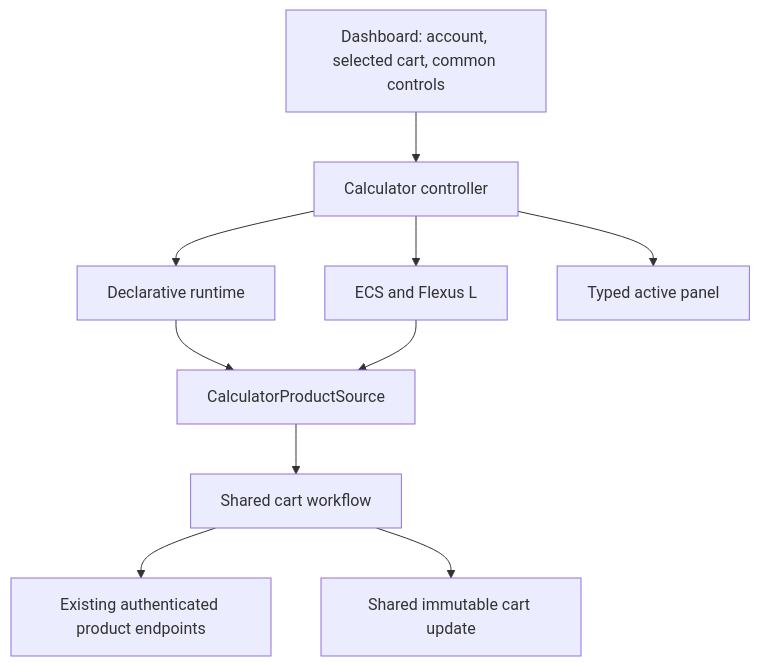
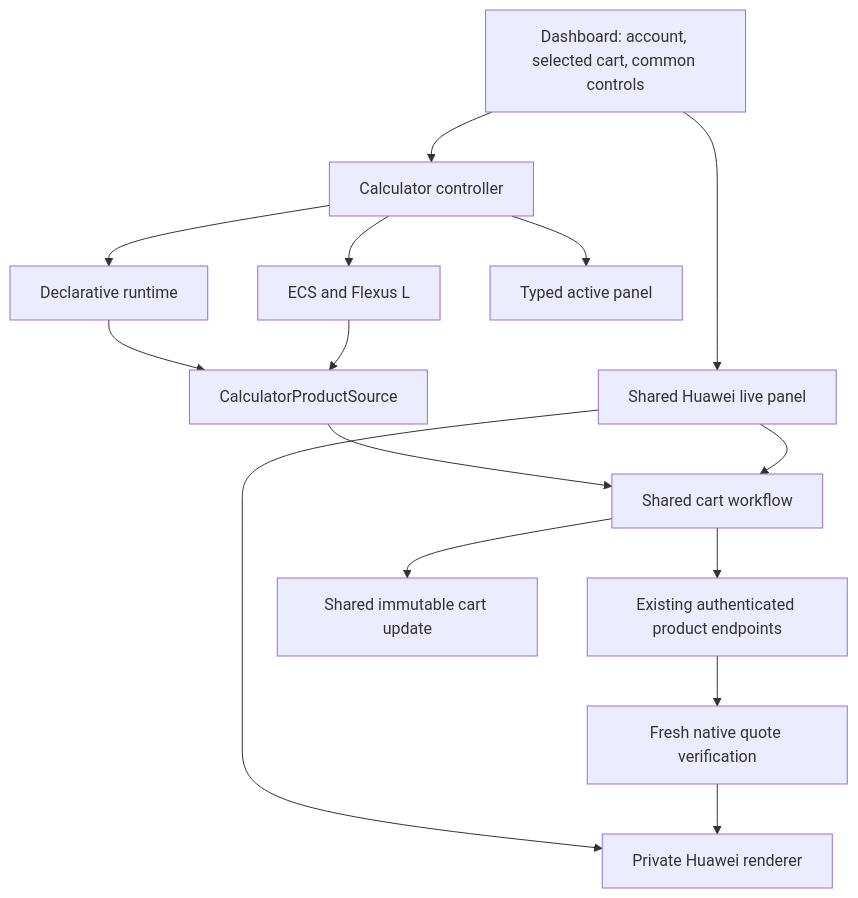
Before and after one commit to j0taaa/neo-calculator: the diagram in docs/calculator-architecture.md, drawn with Mermaid. The commit also changed other lines of this file and 49 other files, not shown here.

Commit message:
refactor: share calculator core and integrate verified Huawei live pricing

````diff
--- a/docs/calculator-architecture.md
+++ b/docs/calculator-architecture.md
@@ -7,12 +7,17 @@
 ```mermaid
 flowchart TD
   page[Dashboard: account, selected cart, common controls] --> controller[Calculator controller]
   controller --> declarative[Declarative runtime]
   controller --> custom[ECS and Flexus L]
   declarative --> source[CalculatorProductSource]
   custom --> source
   source --> cart[Shared cart workflow]
   cart --> transport[Existing authenticated product endpoints]
   cart --> state[Shared immutable cart update]
   controller --> panel[Typed active panel]
+  page --> nativePanel[Shared Huawei live panel]
+  nativePanel --> renderer[Private Huawei renderer]
+  nativePanel --> cart
+  transport --> verifier[Fresh native quote verification]
+  verifier --> renderer
 ```
````
